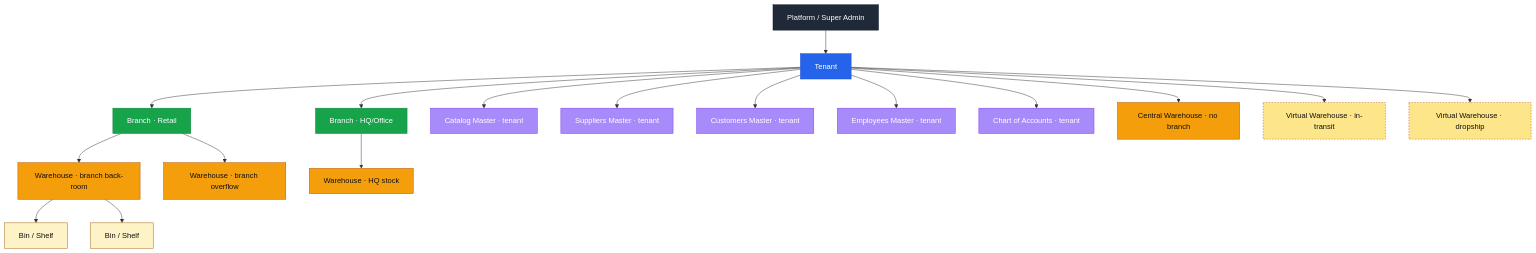
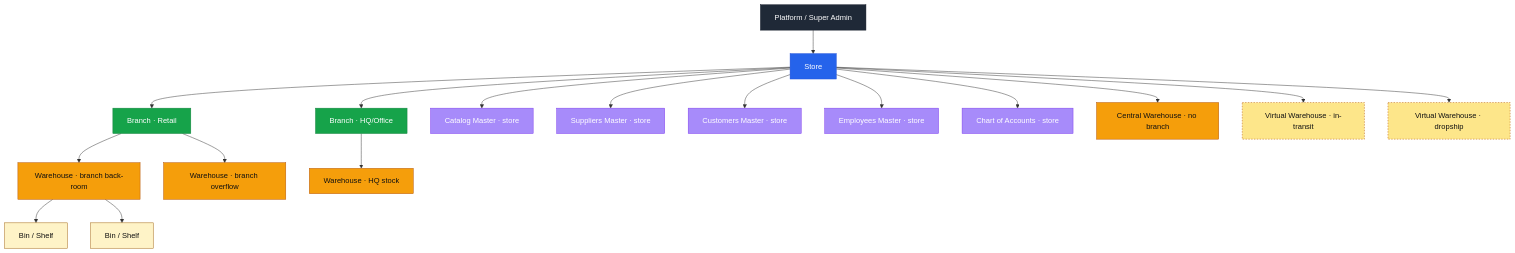
The second of 14 diagrams in doc/system-design/erp_master_system_design.md (gowtamkumar/eCommerce-multi-store-saas-erp), drawn with Mermaid before and after one commit. The commit also changed other lines of this file and 764 other files, not shown here.

````diff
--- a/doc/system-design/erp_master_system_design.md
+++ b/doc/system-design/erp_master_system_design.md
@@ -316,26 +316,26 @@
 ```mermaid
 flowchart TB
-  PL[Platform / Super Admin]:::platform --> T[Tenant]:::tenant
+  PL[Platform / Super Admin]:::platform --> T[Store]:::store
   T --> B1[Branch · Retail]:::branch
   T --> B2[Branch · HQ/Office]:::branch
-  T --> CAT[Catalog Master · tenant]:::master
-  T --> SUP[Suppliers Master · tenant]:::master
-  T --> CUST[Customers Master · tenant]:::master
-  T --> EMP[Employees Master · tenant]:::master
-  T --> COA[Chart of Accounts · tenant]:::master
+  T --> CAT[Catalog Master · store]:::master
+  T --> SUP[Suppliers Master · store]:::master
+  T --> CUST[Customers Master · store]:::master
+  T --> EMP[Employees Master · store]:::master
+  T --> COA[Chart of Accounts · store]:::master
   T --> WC[Central Warehouse · no branch]:::wh
   B1 --> WB1[Warehouse · branch back-room]:::wh
   B1 --> WB2[Warehouse · branch overflow]:::wh
   B2 --> WB3[Warehouse · HQ stock]:::wh
   WB1 --> BIN1[Bin / Shelf]:::bin
   WB1 --> BIN2[Bin / Shelf]:::bin
   T --> WV[Virtual Warehouse · in-transit]:::vwh
   T --> WD[Virtual Warehouse · dropship]:::vwh
   classDef platform fill:#1f2937,color:#fff,stroke:#111827
-  classDef tenant fill:#2563eb,color:#fff,stroke:#1d4ed8
+  classDef store fill:#2563eb,color:#fff,stroke:#1d4ed8
   classDef branch fill:#16a34a,color:#fff,stroke:#15803d
   classDef wh fill:#f59e0b,color:#111,stroke:#b45309
   classDef vwh fill:#fde68a,color:#111,stroke:#b45309,stroke-dasharray: 3 3
   classDef bin fill:#fef3c7,color:#111,stroke:#a16207
   classDef master fill:#a78bfa,color:#fff,stroke:#7c3aed
 ```
````
